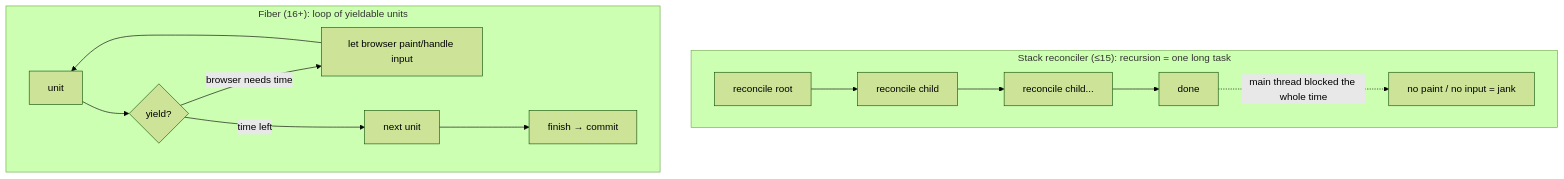
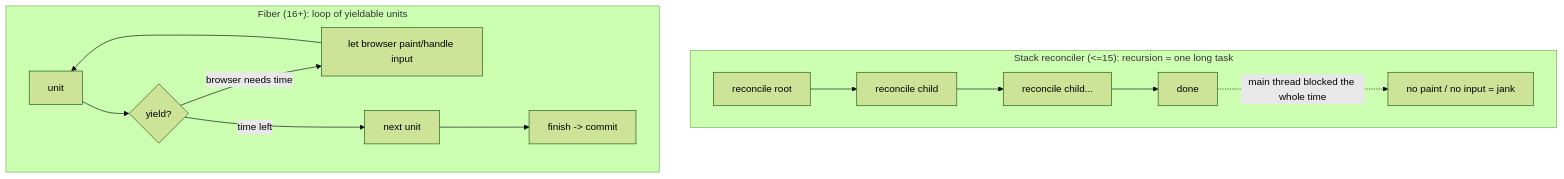
One commit to ashishxcode/frontend-internals changed the first of 3 diagrams in packages/content/content/04-react-fiber.mdx. Above: the diagram before and after it, drawn with Mermaid (forest theme). The commit also changed other lines of this file and 35 other files, not shown here.

Commit message:
fix: mermaid sizing (overflow scroll + 16px font) + escape < in fiber prose

````diff
--- a/packages/content/content/04-react-fiber.mdx
+++ b/packages/content/content/04-react-fiber.mdx
@@ -64,13 +32,13 @@
 ```mermaid
 flowchart TB
-  subgraph Old["Stack reconciler (≤15): recursion = one long task"]
+  subgraph Old["Stack reconciler (<=15): recursion = one long task"]
     o1[reconcile root] --> o2[reconcile child] --> o3[reconcile child...] --> o4[done]
     o4 -.->|main thread blocked the whole time| jank[no paint / no input = jank]
   end
   subgraph New["Fiber (16+): loop of yieldable units"]
     n1[unit] --> q1{yield?}
     q1 -->|browser needs time| paint[let browser paint/handle input]
     paint --> n1
-    q1 -->|time left| n2[next unit] --> done2[finish → commit]
+    q1 -->|time left| n2[next unit] --> done2[finish -> commit]
   end
 ```
````
